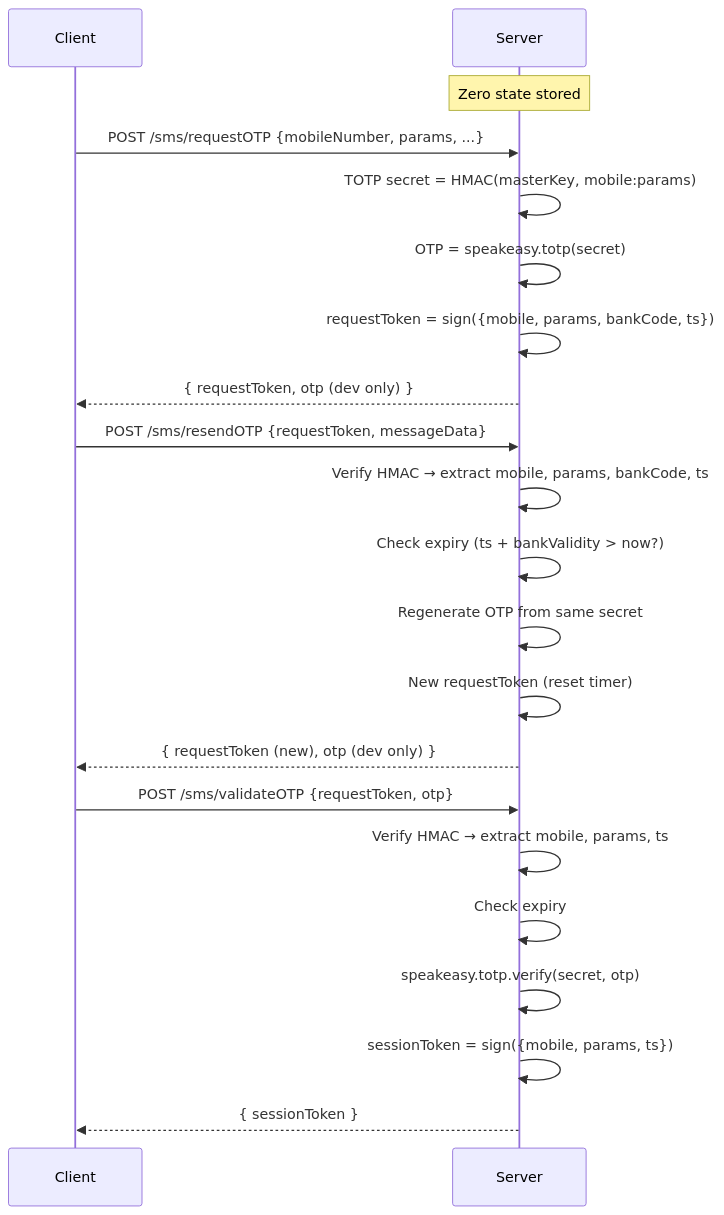
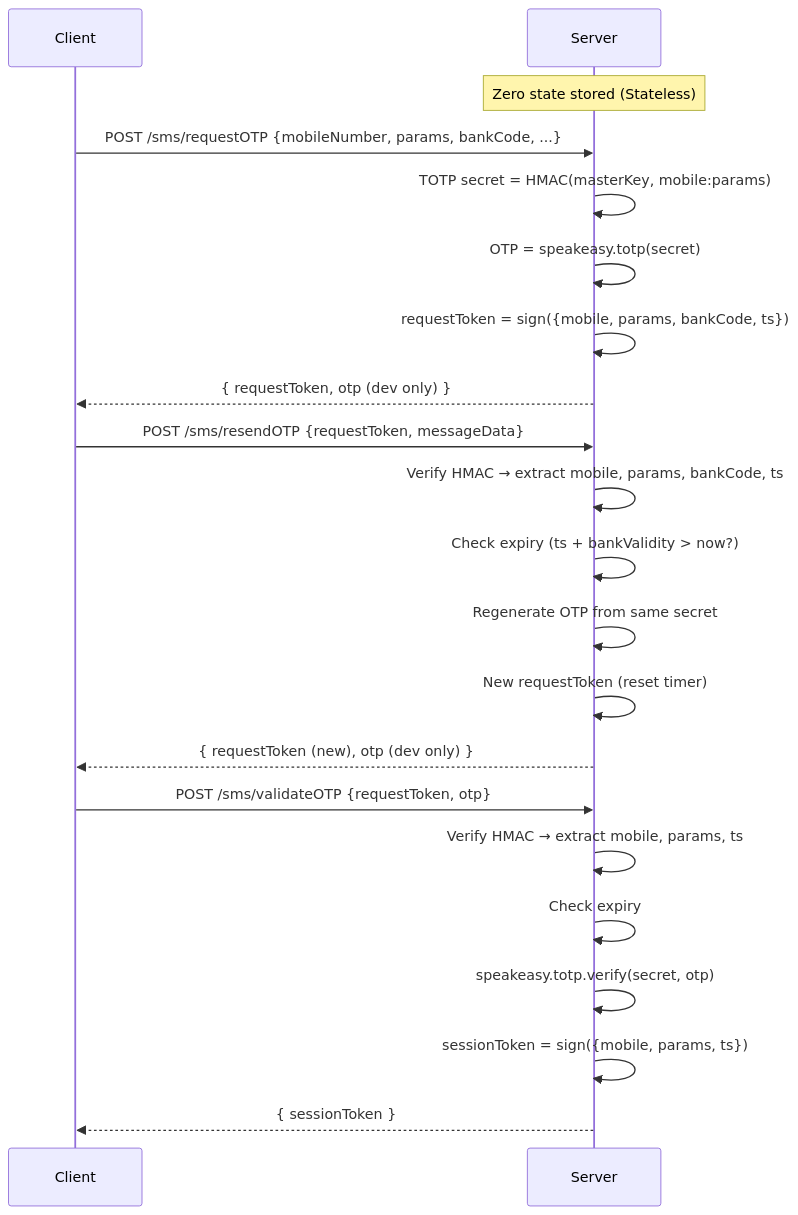
The diagram in walkthrough.md (Kuldeep-Pradhan/totp_service), drawn with Mermaid before and after one commit. The commit also changed other lines of this file and 7 other files, not shown here.

````diff
--- a/walkthrough.md
+++ b/walkthrough.md
@@ -16,27 +82,27 @@
 ```mermaid
 sequenceDiagram
     participant C as Client
     participant S as Server
 
-    Note over S: Zero state stored
+    Note over S: Zero state stored (Stateless)
 
-    C->>S: POST /sms/requestOTP {mobileNumber, params, ...}
+    C->>S: POST /sms/requestOTP {mobileNumber, params, bankCode, ...}
     S->>S: TOTP secret = HMAC(masterKey, mobile:params)
     S->>S: OTP = speakeasy.totp(secret)
     S->>S: requestToken = sign({mobile, params, bankCode, ts})
     S-->>C: { requestToken, otp (dev only) }
 
     C->>S: POST /sms/resendOTP {requestToken, messageData}
     S->>S: Verify HMAC → extract mobile, params, bankCode, ts
     S->>S: Check expiry (ts + bankValidity > now?)
     S->>S: Regenerate OTP from same secret
     S->>S: New requestToken (reset timer)
     S-->>C: { requestToken (new), otp (dev only) }
 
     C->>S: POST /sms/validateOTP {requestToken, otp}
     S->>S: Verify HMAC → extract mobile, params, ts
     S->>S: Check expiry
     S->>S: speakeasy.totp.verify(secret, otp)
     S->>S: sessionToken = sign({mobile, params, ts})
     S-->>C: { sessionToken }
 ```
````
